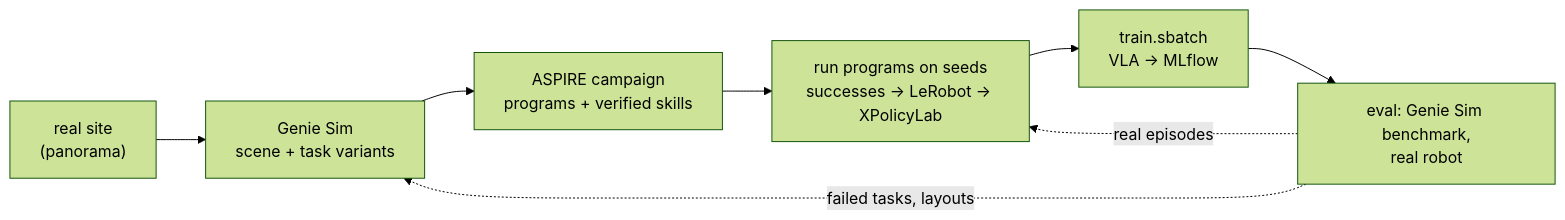
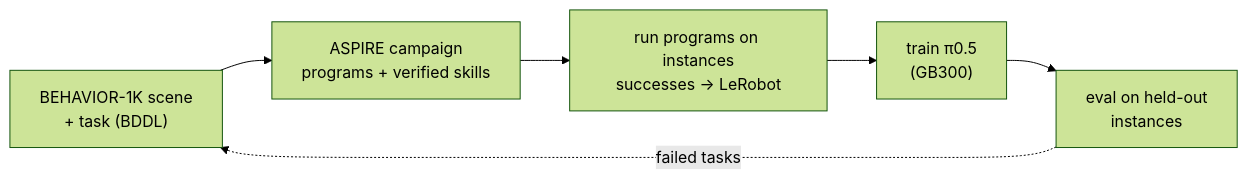
One commit to cnboonhan/data-flywheel changed the first of 2 diagrams in sensors/autolearn/README.md. Above: the diagram before and after it, drawn with Mermaid (forest theme). The commit also changed other lines of this file and 138 other files, not shown here.

First line of the commit message:
autolearn: drop Genie Sim; ASPIRE on BEHAVIOR-1K with π0.5 is the pipeline

````diff
--- a/sensors/autolearn/README.md
+++ b/sensors/autolearn/README.md
@@ -5,10 +5,8 @@
 ```mermaid
 flowchart LR
-  S["real site<br/>(panorama)"] --> G["Genie Sim<br/>scene + task variants"]
-  G --> A["ASPIRE campaign<br/>programs + verified skills"]
-  A --> D["run programs on seeds<br/>successes → LeRobot → XPolicyLab"]
-  D --> T["train.sbatch<br/>VLA → MLflow"]
-  T --> E["eval: Genie Sim benchmark,<br/>real robot"]
-  E -.failed tasks, layouts.-> G
-  E -.real episodes.-> D
+  G["BEHAVIOR-1K scene<br/>+ task (BDDL)"] --> A["ASPIRE campaign<br/>programs + verified skills"]
+  A --> D["run programs on instances<br/>successes → LeRobot"]
+  D --> T["train π0.5<br/>(GB300)"]
+  T --> E["eval on held-out<br/>instances"]
+  E -.failed tasks.-> G
 ```
````
